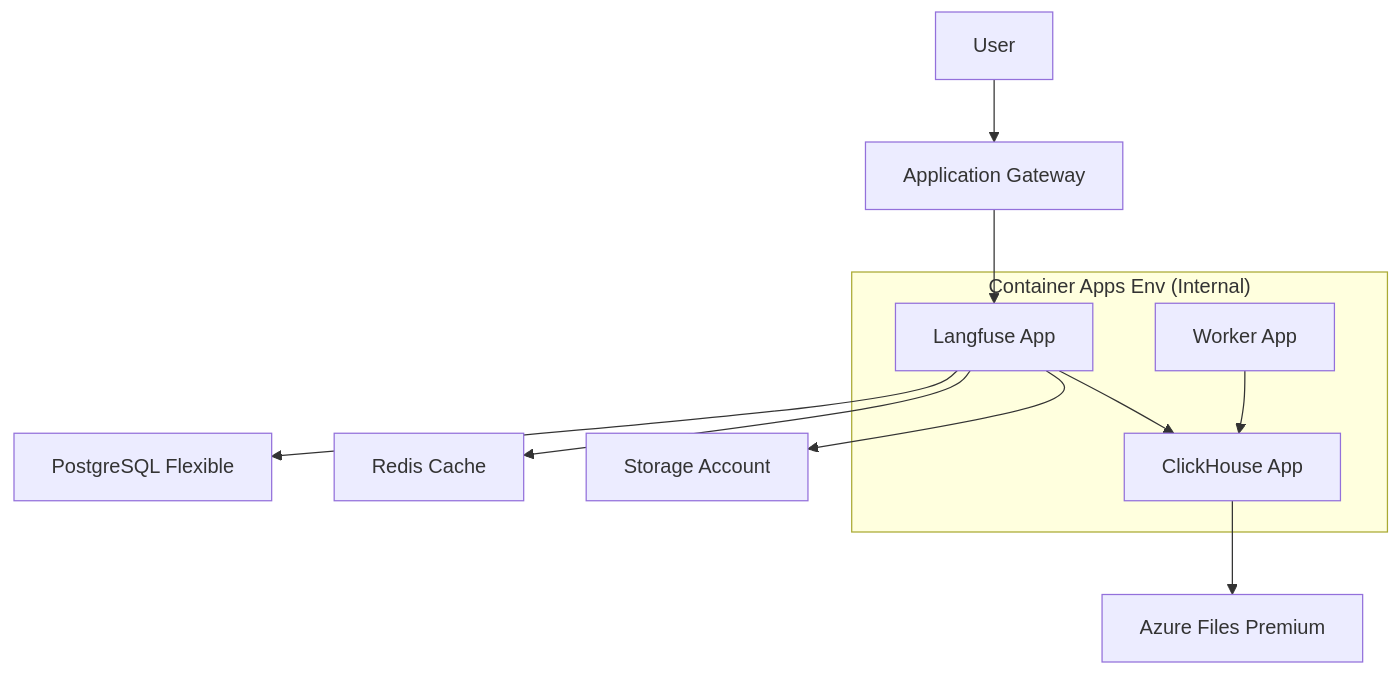
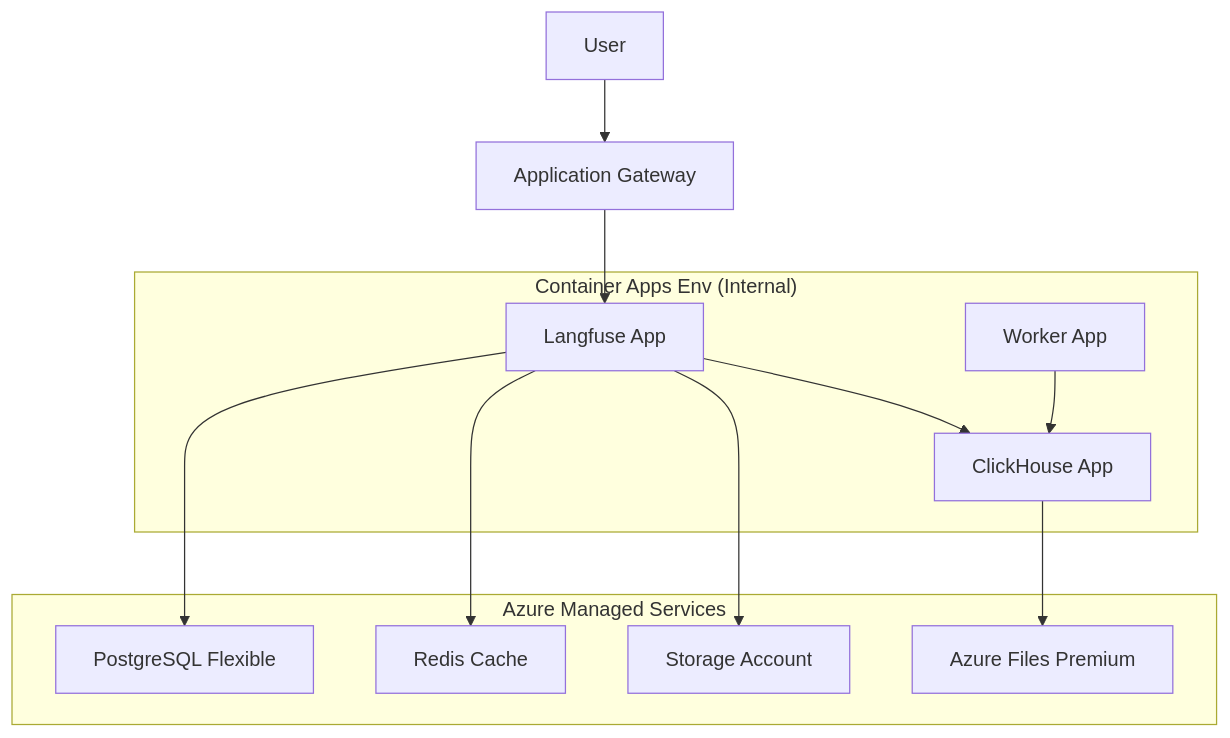
One commit to mominosin/langfuse-terraform-azure changed the second of 2 diagrams in ARCHITECTURE_COMPARISON.md. Above: the diagram before and after it, drawn with Mermaid.

Commit message:
docs: improve mermaid diagram layout by grouping external services

````diff
--- a/ARCHITECTURE_COMPARISON.md
+++ b/ARCHITECTURE_COMPARISON.md
@@ -48,16 +48,25 @@
 ```mermaid
 graph TD
     User[User] --> AppGW[Application Gateway]
+    
     subgraph ACA_Environment["Container Apps Env (Internal)"]
         Langfuse[Langfuse App]
         Worker[Worker App]
         ClickHouse[ClickHouse App]
     end
+
+    subgraph Azure_Services["Azure Managed Services"]
+        Postgres[PostgreSQL Flexible]
+        Redis[Redis Cache]
+        Blob[Storage Account]
+        NFS[Azure Files Premium]
+    end
+
     AppGW --> Langfuse
-    Langfuse --> Postgres[PostgreSQL Flexible]
-    Langfuse --> Redis[Redis Cache]
-    Langfuse --> Blob[Storage Account]
+    Langfuse --> Postgres
+    Langfuse --> Redis
+    Langfuse --> Blob
     Langfuse --> ClickHouse
     Worker --> ClickHouse
-    ClickHouse --> NFS[Azure Files Premium]
+    ClickHouse --> NFS
 ```
````
